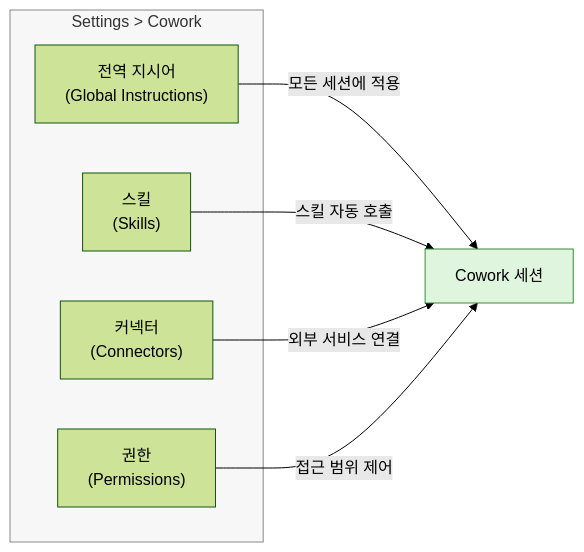
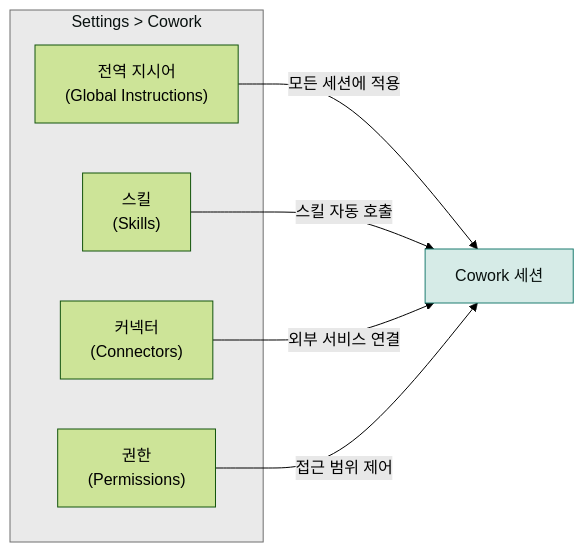
The diagram in content/cowork/setup.md (modu-ai/claude), drawn with Mermaid (forest theme) before and after one commit. The commit also changed 97 other files, not shown here.

First line of the commit message:
style(docs-site): mermaid 색상 브랜드 정합 + 라이트 테마 단일화

````diff
--- a/content/cowork/setup.md
+++ b/content/cowork/setup.md
@@ -13,17 +13,17 @@
 ```mermaid
 flowchart LR
     subgraph Settings["Settings > Cowork"]
         GI["전역 지시어<br/>(Global Instructions)"]
         SK["스킬<br/>(Skills)"]
         CN["커넥터<br/>(Connectors)"]
         PM["권한<br/>(Permissions)"]
     end
 
     GI -->|모든 세션에 적용| SESSION["Cowork 세션"]
     SK -->|스킬 자동 호출| SESSION
     CN -->|외부 서비스 연결| SESSION
     PM -->|접근 범위 제어| SESSION
 
-    style Settings fill:#f7f7f7,stroke:#888
-    style SESSION fill:#dff5dd,stroke:#3a8a3a
+    style Settings fill:#eaeaea,stroke:#6e6e6e,color:#09110f
+    style SESSION fill:#d6ebe7,stroke:#1c7c70,color:#09110f
 ```
````
